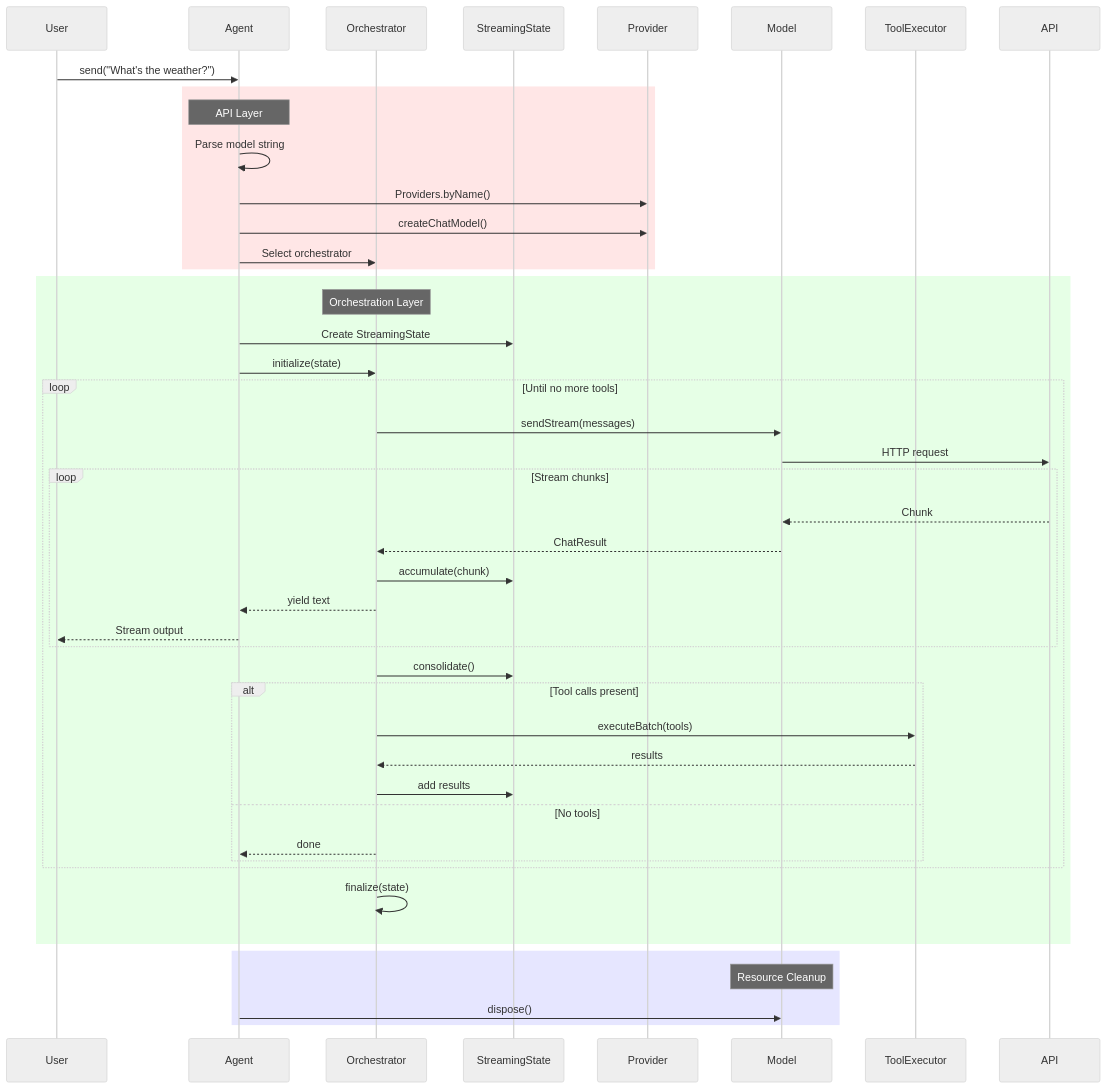
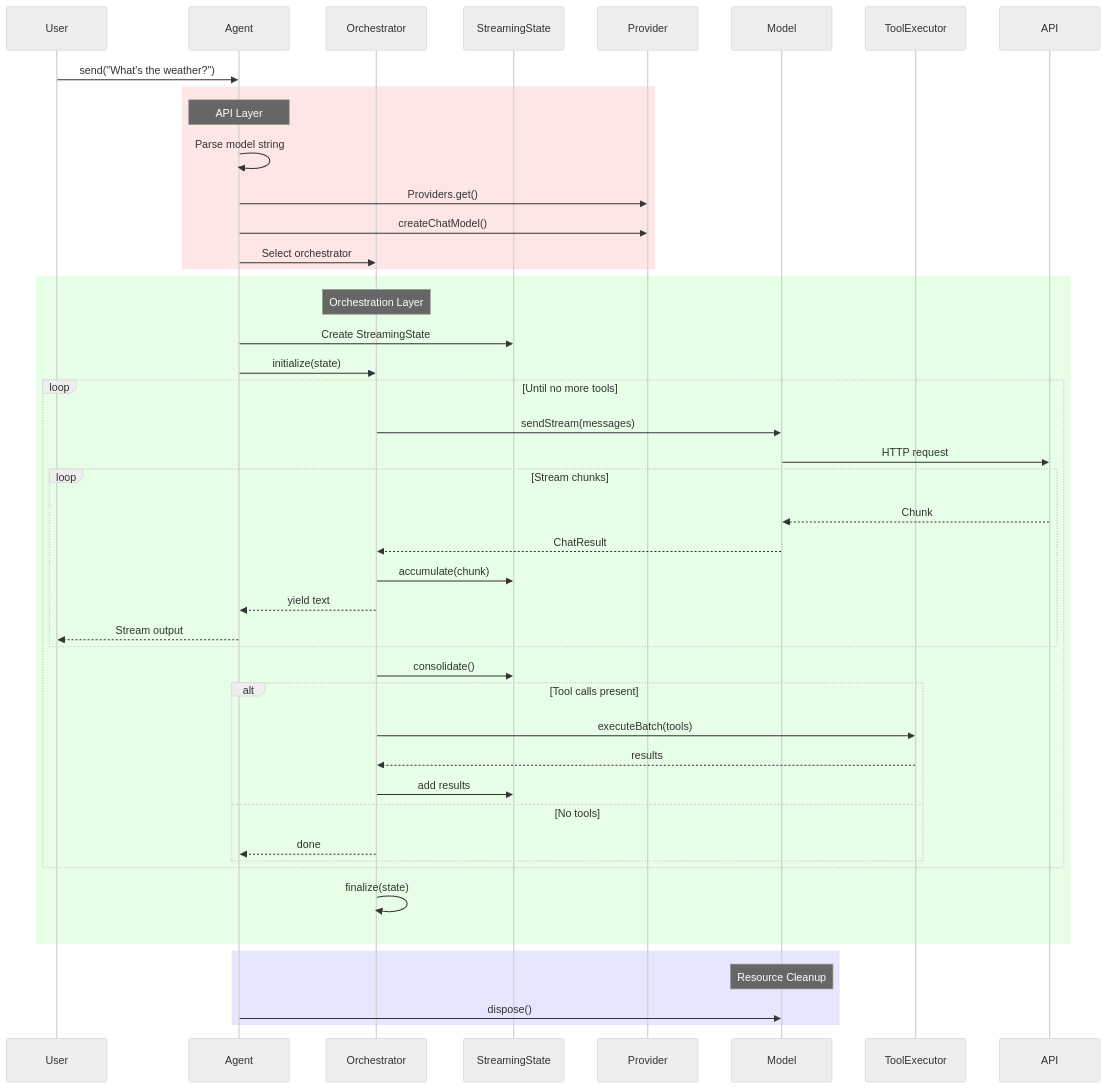
The second of 5 diagrams in wiki/Home.md (jtmuller5/dartantic_ai), drawn with Mermaid (neutral theme) before and after one commit. The commit also changed 25 other files, not shown here.

Commit message:
Refactor provider lookup method from `byName` to `get` across the codebase, updating related documentation and examples. Adjusted agent initialization to use message history instead of system prompts. Improved clarity in README and migration guide.

````diff
--- a/wiki/Home.md
+++ b/wiki/Home.md
@@ -97,57 +97,57 @@
 ```mermaid
 sequenceDiagram
     participant User
     participant Agent
     participant Orchestrator
     participant State as StreamingState
     participant Provider
     participant Model
     participant Executor as ToolExecutor
     participant API
     
     User->>Agent: send("What's the weather?")
     
     rect rgb(255, 230, 230)
         note over Agent: API Layer
         Agent->>Agent: Parse model string
-        Agent->>Provider: Providers.byName()
+        Agent->>Provider: Providers.get()
         Agent->>Provider: createChatModel()
         Agent->>Orchestrator: Select orchestrator
     end
     
     rect rgb(230, 255, 230)
         note over Orchestrator: Orchestration Layer
         Agent->>State: Create StreamingState
         Agent->>Orchestrator: initialize(state)
         
         loop Until no more tools
             Orchestrator->>Model: sendStream(messages)
             Model->>API: HTTP request
             
             loop Stream chunks
                 API-->>Model: Chunk
                 Model-->>Orchestrator: ChatResult
                 Orchestrator->>State: accumulate(chunk)
                 Orchestrator-->>Agent: yield text
                 Agent-->>User: Stream output
             end
             
             Orchestrator->>State: consolidate()
             
             alt Tool calls present
                 Orchestrator->>Executor: executeBatch(tools)
                 Executor-->>Orchestrator: results
                 Orchestrator->>State: add results
             else No tools
                 Orchestrator-->>Agent: done
             end
         end
         
         Orchestrator->>Orchestrator: finalize(state)
     end
     
     rect rgb(230, 230, 255)
         note over Model: Resource Cleanup
         Agent->>Model: dispose()
     end
 ```
````
